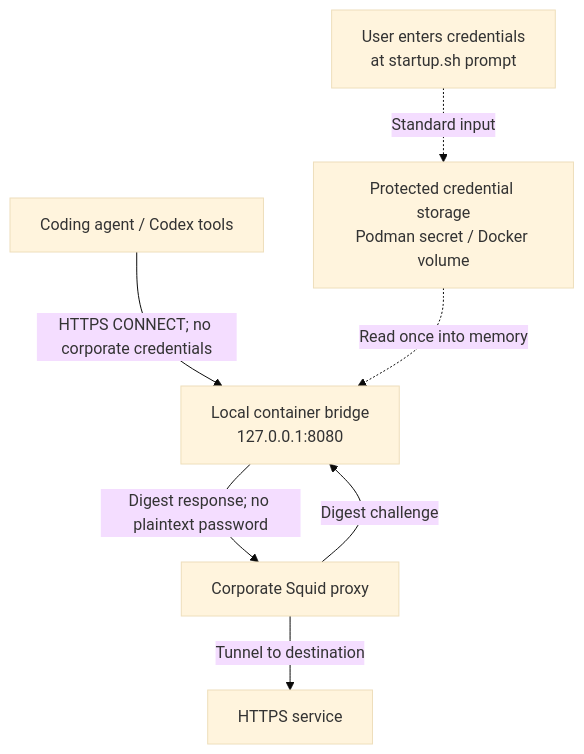
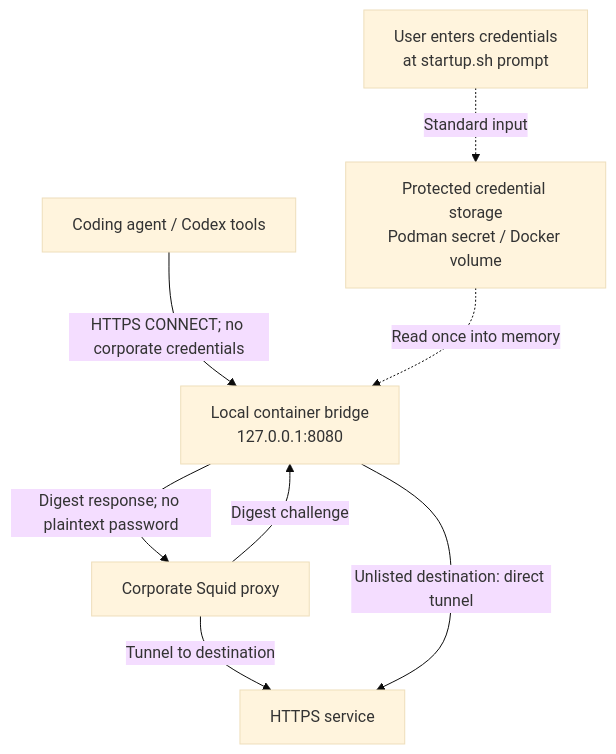
The diagram in README.md (stevenwongtheorigo/podman-squid-digest-bridge), drawn with Mermaid (base theme) before and after one commit. The commit also changed other lines of this file and 10 other files, not shown here.

````diff
--- a/README.md
+++ b/README.md
@@ -9,16 +12,17 @@
 ```mermaid
 flowchart TD
     agent["Coding agent / Codex tools"]
     bridge["Local container bridge<br/>127.0.0.1:8080"]
     corporate["Corporate Squid proxy"]
     destination["HTTPS service"]
     user["User enters credentials<br/>at startup.sh prompt"]
     secret["Protected credential storage<br/>Podman secret / Docker volume"]
 
     agent -->|"HTTPS CONNECT; no corporate credentials"| bridge
     corporate -->|"Digest challenge"| bridge
     bridge -->|"Digest response; no plaintext password"| corporate
     corporate -->|"Tunnel to destination"| destination
+    bridge -->|"Unlisted destination: direct tunnel"| destination
     user -.->|"Standard input"| secret
     secret -.->|"Read once into memory"| bridge
 ```
````
